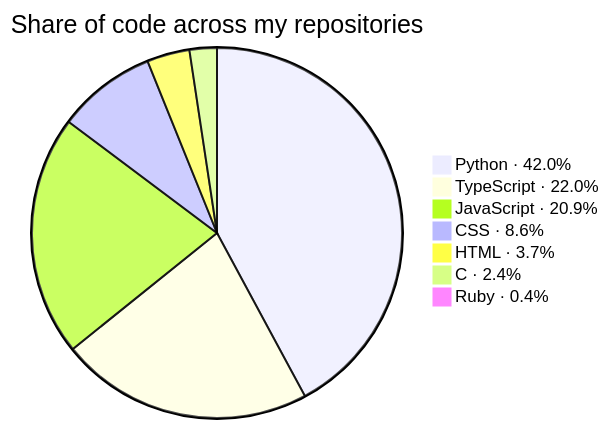
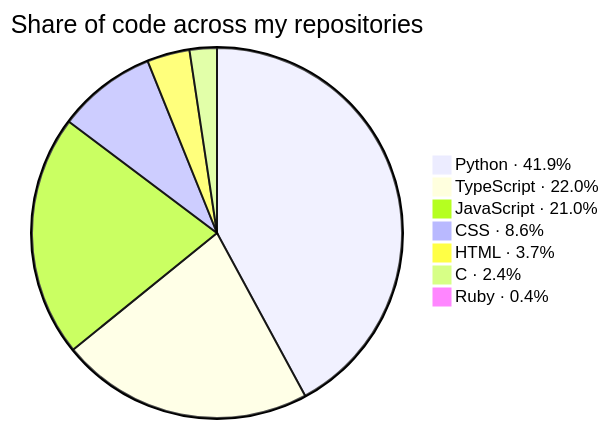
One commit to KathFK1234/KathFK1234 changed the second of 3 diagrams in README.md. Above: the diagram before and after it, drawn with Mermaid. The commit also changed other lines of this file and 4 other files, not shown here.

````diff
--- a/README.md
+++ b/README.md
@@ -109,11 +109,11 @@
 ```mermaid
 %%{init: {"themeVariables": {"pieSectionTextSize": "0px"}}}%%
 pie title Share of code across my repositories
-    "Python · 42.0%" : 1108.0
-    "TypeScript · 22.0%" : 580.8
-    "JavaScript · 20.9%" : 552.8
+    "Python · 41.9%" : 1109.2
+    "TypeScript · 22.0%" : 581.1
+    "JavaScript · 21.0%" : 556.1
     "CSS · 8.6%" : 227.5
     "HTML · 3.7%" : 98.1
     "C · 2.4%" : 62.7
     "Ruby · 0.4%" : 10.1
 ```
````
